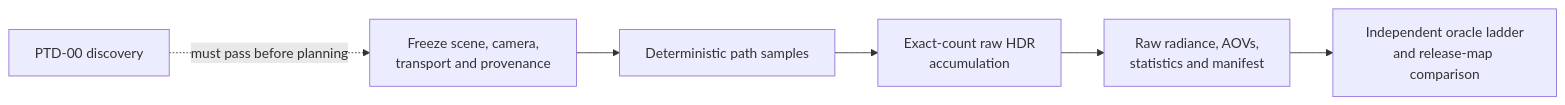
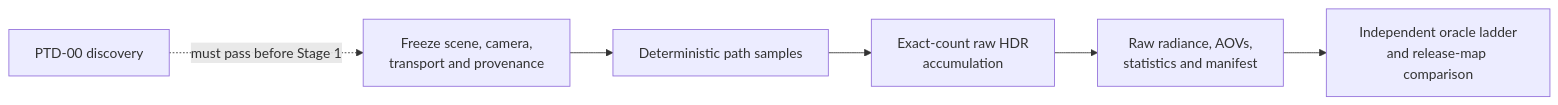
Before and after one commit to stoleckipawel/SparkleEngine: the diagram in Docs/Architecture/Modules/Engine/Renderer/Features/Lighting/OfflinePathTracer/README.md, drawn with Mermaid. The commit also changed other lines of this file and 144 other files, not shown here.

````diff
--- a/Docs/Architecture/Modules/Engine/Renderer/Features/Lighting/OfflinePathTracer/README.md
+++ b/Docs/Architecture/Modules/Engine/Renderer/Features/Lighting/OfflinePathTracer/README.md
@@ -15,8 +15,8 @@
 ```mermaid
 flowchart LR
     Freeze[Freeze scene, camera,<br/>transport and provenance] --> Sample[Deterministic path samples]
     Sample --> Accumulate[Exact-count raw HDR<br/>accumulation]
     Accumulate --> Export[Raw radiance, AOVs,<br/>statistics and manifest]
     Export --> Compare[Independent oracle ladder<br/>and release-map comparison]
-    Discovery[PTD-00 discovery] -. must pass before planning .-> Freeze
+    Discovery[PTD-00 discovery] -. must pass before Stage 1 .-> Freeze
 ```
````
